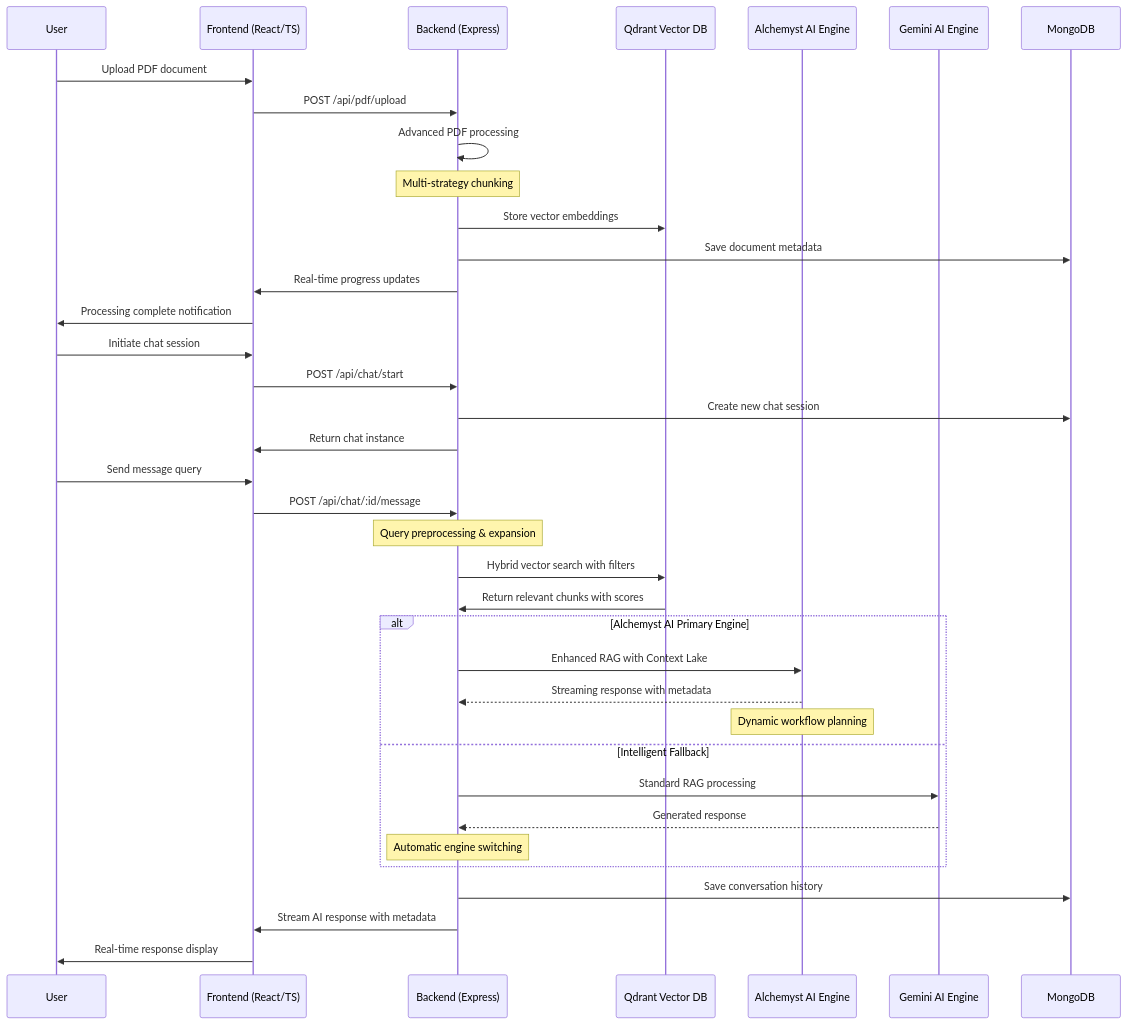
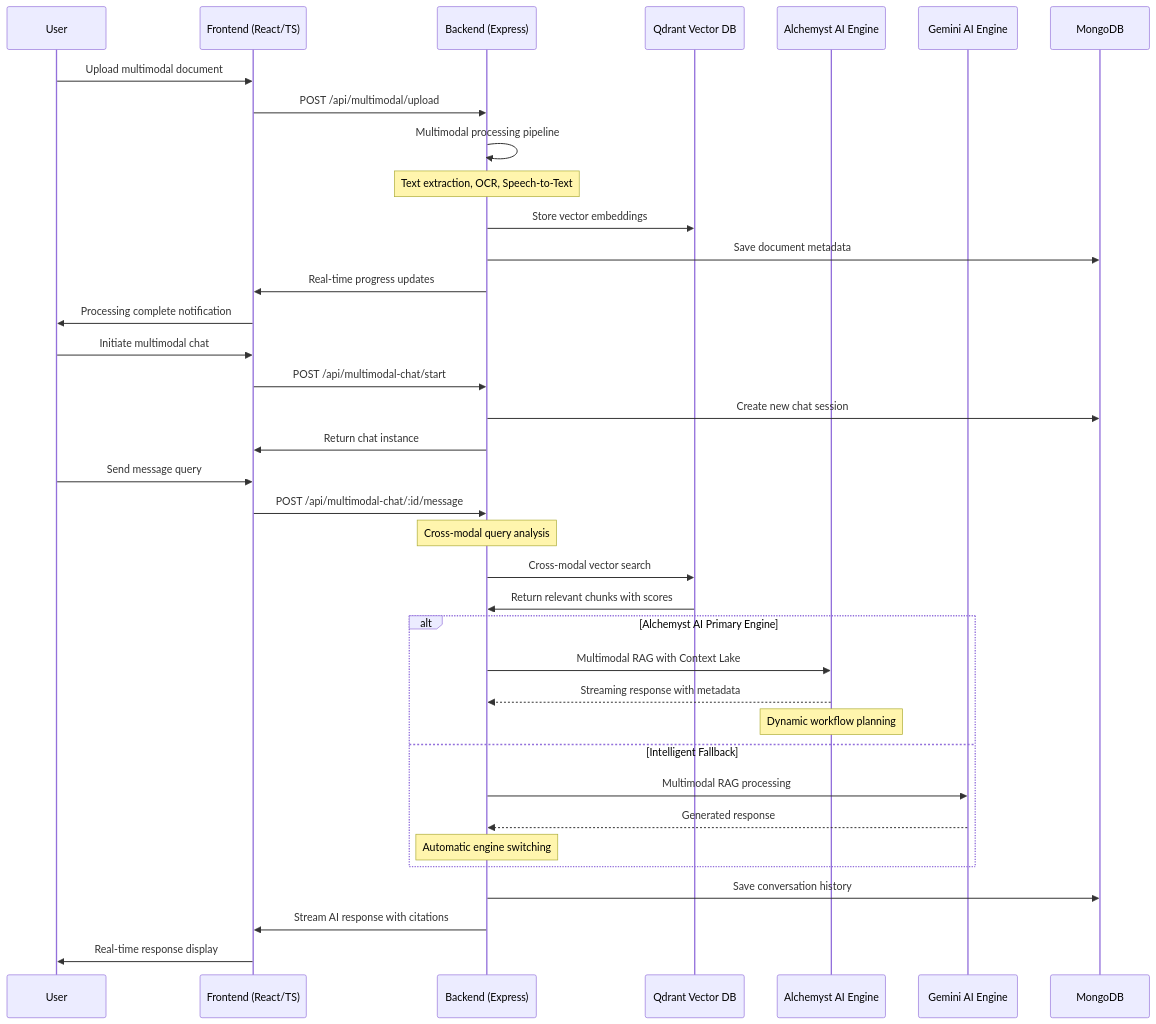
The second of 2 diagrams in README.md (saksham-1304/AskMyPDF), drawn with Mermaid before and after one commit. The commit also changed other lines of this file, not shown here.

````diff
--- a/README.md
+++ b/README.md
@@ -137,44 +163,44 @@
 ```mermaid
 sequenceDiagram
     participant U as User
     participant F as Frontend (React/TS)
     participant B as Backend (Express)
     participant Q as Qdrant Vector DB
     participant A as Alchemyst AI Engine
     participant G as Gemini AI Engine
     participant M as MongoDB
     
-    U->>F: Upload PDF document
-    F->>B: POST /api/pdf/upload
-    B->>B: Advanced PDF processing
-    Note over B: Multi-strategy chunking
+    U->>F: Upload multimodal document
+    F->>B: POST /api/multimodal/upload
+    B->>B: Multimodal processing pipeline
+    Note over B: Text extraction, OCR, Speech-to-Text
     B->>Q: Store vector embeddings
     B->>M: Save document metadata
     B->>F: Real-time progress updates
     F->>U: Processing complete notification
     
-    U->>F: Initiate chat session
-    F->>B: POST /api/chat/start
+    U->>F: Initiate multimodal chat
+    F->>B: POST /api/multimodal-chat/start
     B->>M: Create new chat session
     B->>F: Return chat instance
     
     U->>F: Send message query
-    F->>B: POST /api/chat/:id/message
-    Note over B: Query preprocessing & expansion
-    B->>Q: Hybrid vector search with filters
+    F->>B: POST /api/multimodal-chat/:id/message
+    Note over B: Cross-modal query analysis
+    B->>Q: Cross-modal vector search
     Q->>B: Return relevant chunks with scores
     
     alt Alchemyst AI Primary Engine
-        B->>A: Enhanced RAG with Context Lake
+        B->>A: Multimodal RAG with Context Lake
         A-->>B: Streaming response with metadata
         Note over A: Dynamic workflow planning
     else Intelligent Fallback
-        B->>G: Standard RAG processing
+        B->>G: Multimodal RAG processing
         G-->>B: Generated response
         Note over B: Automatic engine switching
     end
     
     B->>M: Save conversation history
-    B->>F: Stream AI response with metadata
+    B->>F: Stream AI response with citations
     F->>U: Real-time response display
 ```
````
